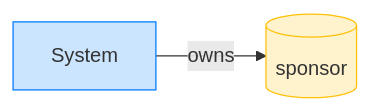
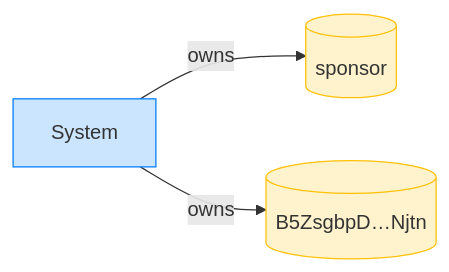
One commit to cds-rs/subscriptions changed diagram 12 of 12 in dsl_tests/a-sponsor-cannot-revoke-within-the-drift-window.md. Above: the diagram before and after it, drawn with Mermaid. The commit also changed other lines of this file and 224 other files, not shown here.

````diff
--- a/dsl_tests/a-sponsor-cannot-revoke-within-the-drift-window.md
+++ b/dsl_tests/a-sponsor-cannot-revoke-within-the-drift-window.md
@@ -235,8 +245,10 @@
 ```mermaid
 flowchart LR
     classDef owner fill:#cce5ff,stroke:#007bff;
     classDef account fill:#fff3cd,stroke:#ffc107;
     System[System]:::owner
     sponsor[(sponsor)]:::account
+    B5ZsgbpD_Njtn[("B5ZsgbpD…Njtn")]:::account
     System -->|owns| sponsor
+    System -->|owns| B5ZsgbpD_Njtn
 ```
````
